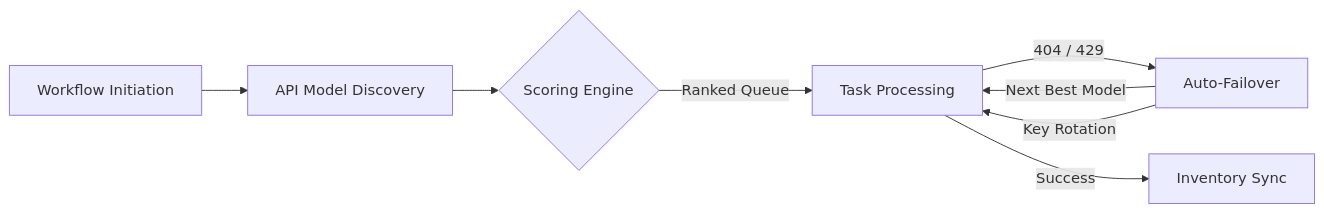
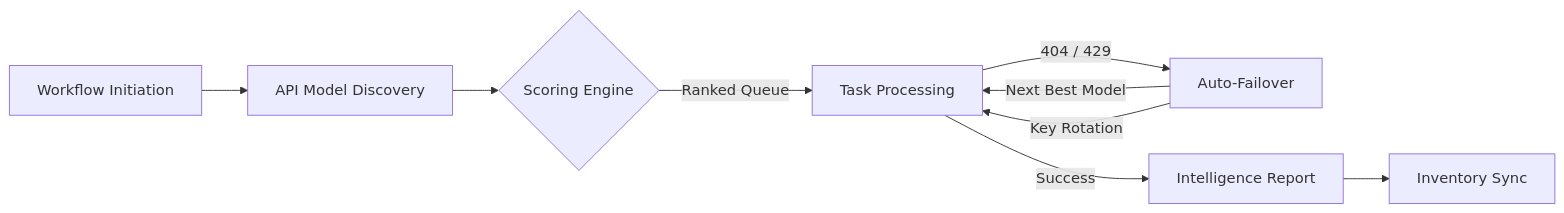
One commit to nubenetes/awesome-kubernetes changed the fourth of 7 diagrams in README.md. Above: the diagram before and after it, drawn with Mermaid. The commit also changed other lines of this file and 6 other files, not shown here.

````diff
--- a/README.md
+++ b/README.md
@@ -233,10 +238,11 @@
 ```mermaid
 graph LR
     A[Workflow Initiation] --> B[API Model Discovery]
     B --> C{Scoring Engine}
     C -->|Ranked Queue| D[Task Processing]
     D -->|404 / 429| E[Auto-Failover]
     E -->|Next Best Model| D
     E -->|Key Rotation| D
-    D -->|Success| F[Inventory Sync]
+    D -->|Success| F[Intelligence Report]
+    F --> G[Inventory Sync]
 ```
````
